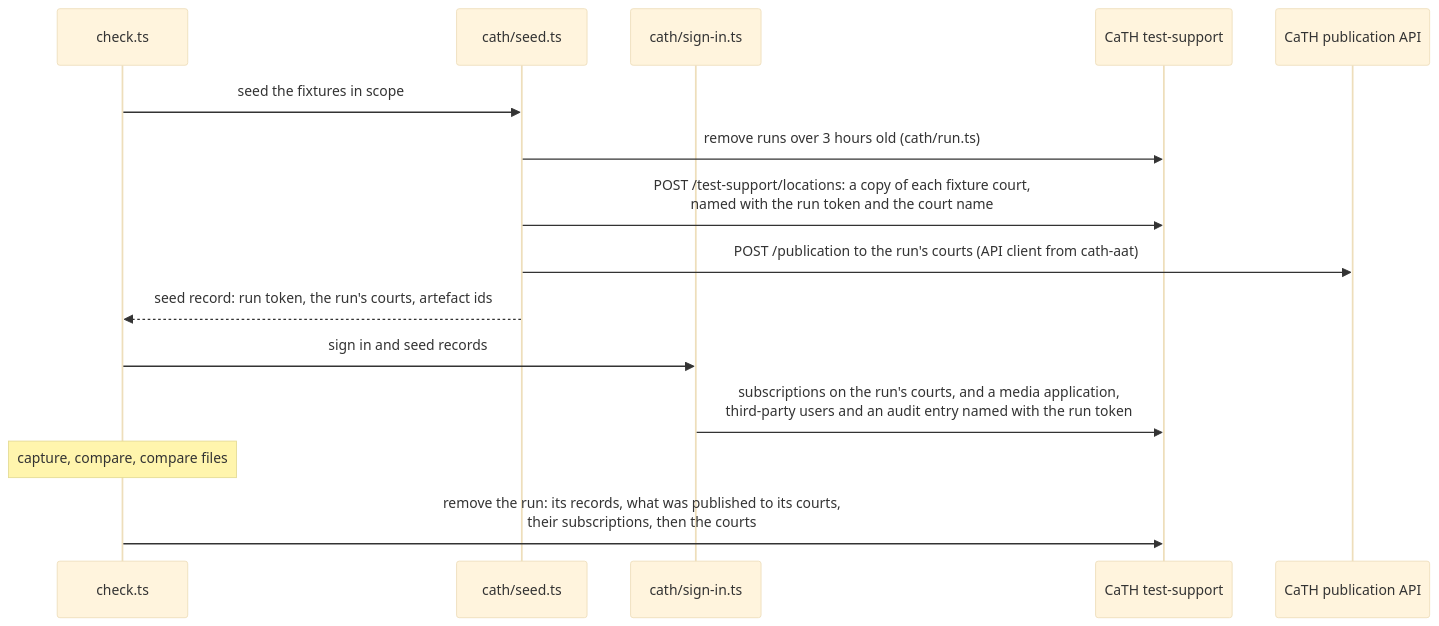
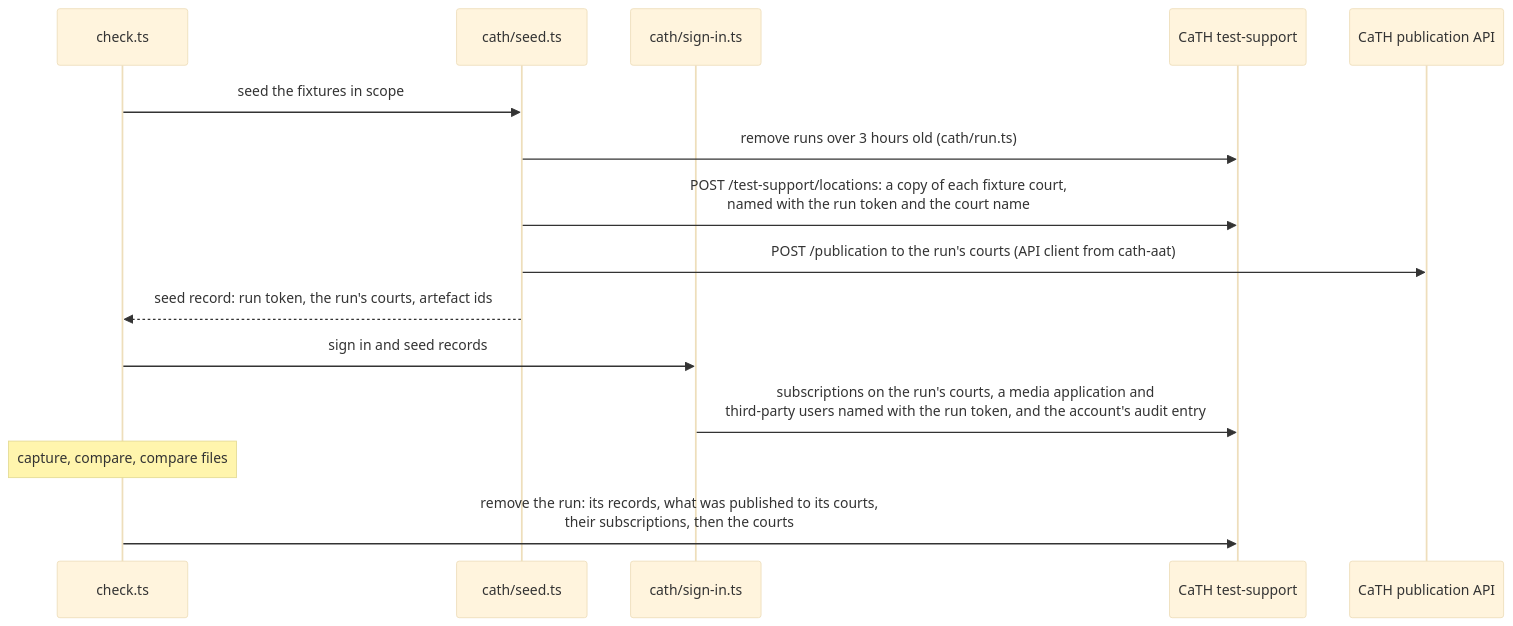
One commit to hmcts/cath-service changed the sixth of 8 diagrams in apps/ui-baseline/ARCHITECTURE.md. Above: the diagram before and after it, drawn with Mermaid (base theme). The commit also changed other lines of this file and 12 other files, not shown here.

````diff
--- a/apps/ui-baseline/ARCHITECTURE.md
+++ b/apps/ui-baseline/ARCHITECTURE.md
@@ -151,18 +151,18 @@
 ```mermaid
 sequenceDiagram
   participant C as check.ts
   participant S as cath/seed.ts
   participant I as cath/sign-in.ts
   participant T as CaTH test-support
   participant P as CaTH publication API
 
   C->>S: seed the fixtures in scope
   S->>T: remove runs over 3 hours old (cath/run.ts)
   S->>T: POST /test-support/locations: a copy of each fixture court,<br/>named with the run token and the court name
   S->>P: POST /publication to the run's courts (API client from cath-aat)
   S-->>C: seed record: run token, the run's courts, artefact ids
   C->>I: sign in and seed records
-  I->>T: subscriptions on the run's courts, and a media application,<br/>third-party users and an audit entry named with the run token
+  I->>T: subscriptions on the run's courts, a media application and<br/>third-party users named with the run token, and the account's audit entry
   Note over C: capture, compare, compare files
   C->>T: remove the run: its records, what was published to its courts,<br/>their subscriptions, then the courts
 ```
````
